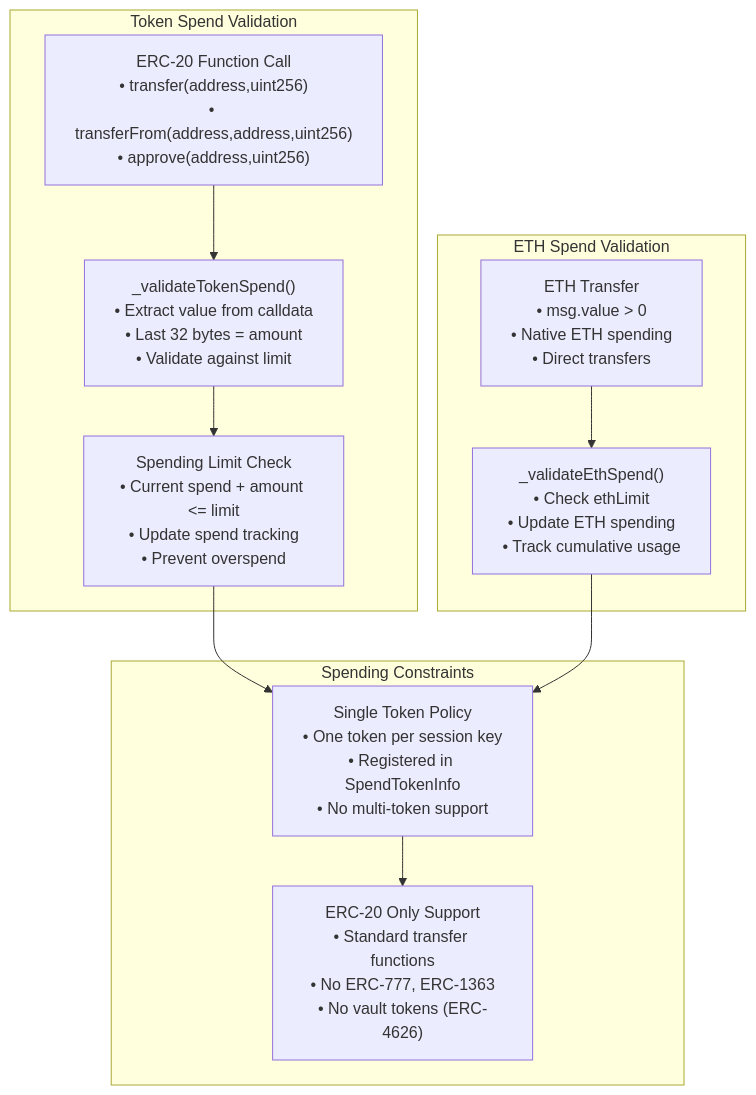
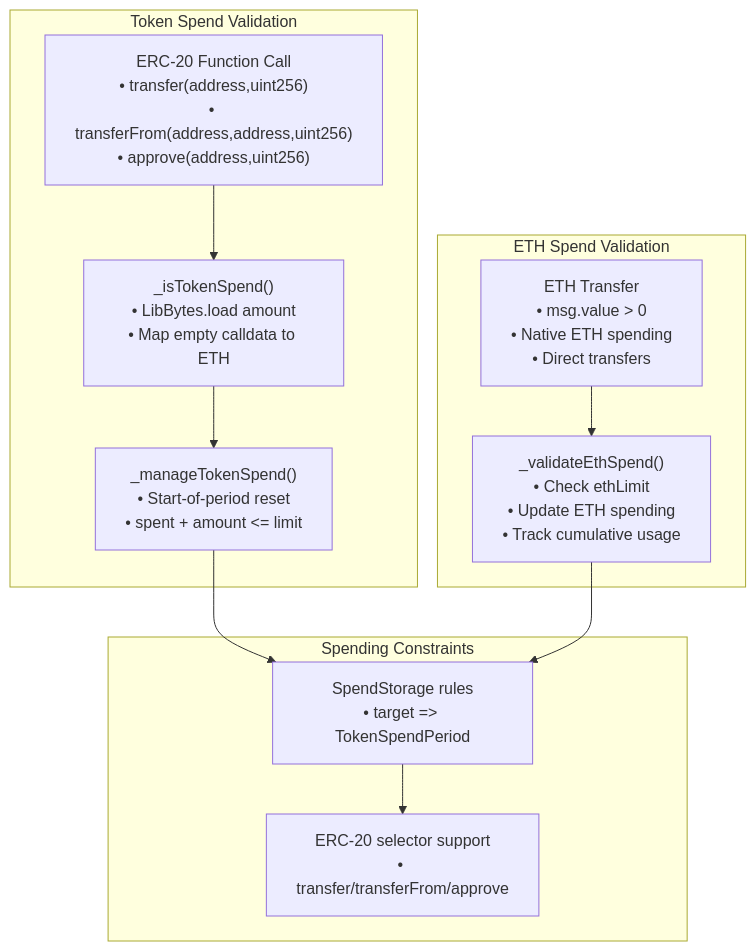
The seventh of 7 diagrams in docs/SessionKeys.md (openfort-xyz/openfort-7702-account), drawn with Mermaid before and after one commit. The commit also changed other lines of this file and 1 other file, not shown here.

Commit message:
(docs) Session Keys and Recovery

````diff
--- a/docs/SessionKeys.md
+++ b/docs/SessionKeys.md
@@ -289,26 +253,26 @@
 ```mermaid
 flowchart TD
     subgraph "Token Spend Validation"
         TokenCall["ERC-20 Function Call<br/>• transfer(address,uint256)<br/>• transferFrom(address,address,uint256)<br/>• approve(address,uint256)"]
-        DataExtraction["_validateTokenSpend()<br/>• Extract value from calldata<br/>• Last 32 bytes = amount<br/>• Validate against limit"]
-        LimitCheck["Spending Limit Check<br/>• Current spend + amount <= limit<br/>• Update spend tracking<br/>• Prevent overspend"]
+        DataExtraction["_isTokenSpend()<br/>• LibBytes.load amount<br/>• Map empty calldata to ETH"]
+        LimitCheck["_manageTokenSpend()<br/>• Start-of-period reset<br/>• spent + amount <= limit"]
     end
     
     subgraph "ETH Spend Validation"
         ETHTransfer["ETH Transfer<br/>• msg.value > 0<br/>• Native ETH spending<br/>• Direct transfers"]
         ETHValidation["_validateEthSpend()<br/>• Check ethLimit<br/>• Update ETH spending<br/>• Track cumulative usage"]
     end
     
     subgraph "Spending Constraints"
-        SingleToken["Single Token Policy<br/>• One token per session key<br/>• Registered in SpendTokenInfo<br/>• No multi-token support"]
-        ERC20Only["ERC-20 Only Support<br/>• Standard transfer functions<br/>• No ERC-777, ERC-1363<br/>• No vault tokens (ERC-4626)"]
+        PolicyEntry["SpendStorage rules<br/>• target => TokenSpendPeriod"]
+        ERC20Only["ERC-20 selector support<br/>• transfer/transferFrom/approve"]
     end
 
     %% Flow connections
     TokenCall --> DataExtraction
     DataExtraction --> LimitCheck
     ETHTransfer --> ETHValidation
-    LimitCheck --> SingleToken
-    ETHValidation --> SingleToken
-    SingleToken --> ERC20Only
+    LimitCheck --> PolicyEntry
+    ETHValidation --> PolicyEntry
+    PolicyEntry --> ERC20Only
 ```
````
